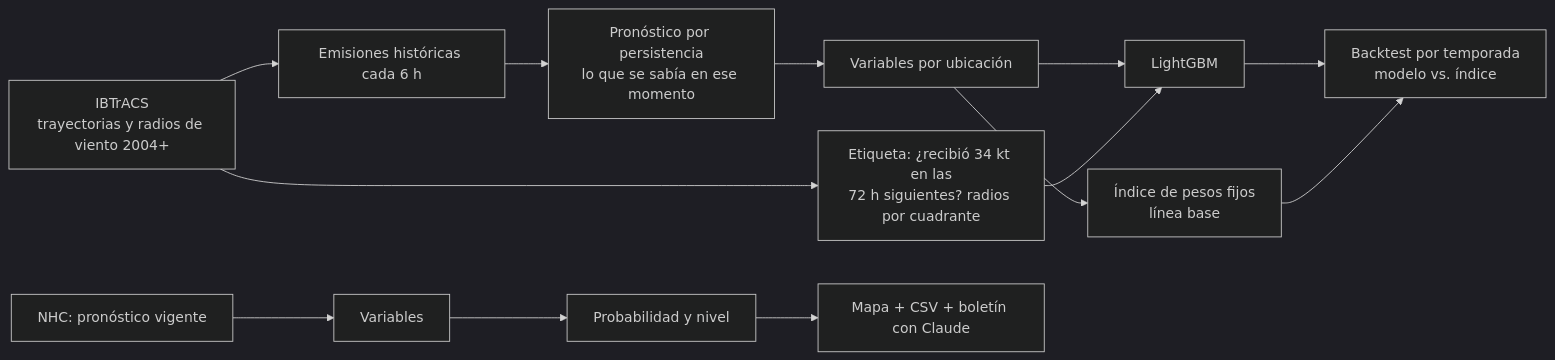
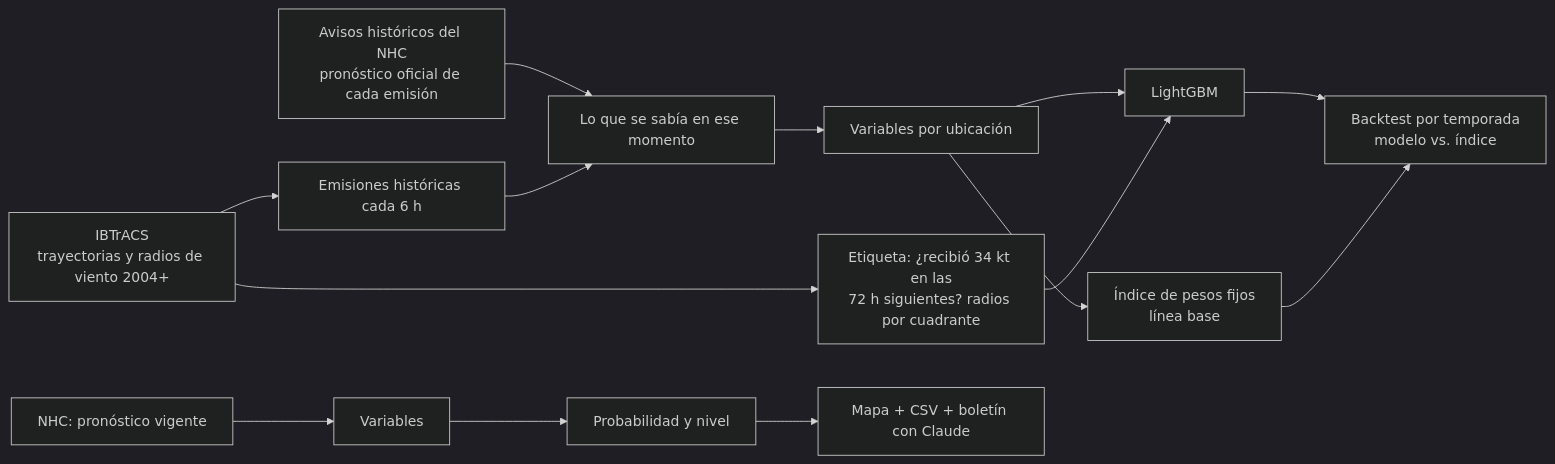
The diagram in README.md (Waldi316/huracan-riesgo-ia), drawn with Mermaid (dark theme) before and after one commit. The commit also changed other lines of this file and 5 other files, not shown here.

First line of the commit message:
Entrena con los pronósticos oficiales históricos del NHC

````diff
--- a/README.md
+++ b/README.md
@@ -19,13 +19,14 @@
 ```mermaid
 flowchart LR
     A[IBTrACS<br/>trayectorias y radios de viento 2004+] --> B[Emisiones históricas cada 6 h]
-    B --> C[Pronóstico por persistencia<br/>lo que se sabía en ese momento]
+    N[Avisos históricos del NHC<br/>pronóstico oficial de cada emisión] --> C[Lo que se sabía en ese momento]
+    B --> C
     C --> D[Variables por ubicación]
     A --> E[Etiqueta: ¿recibió 34 kt en las<br/>72 h siguientes? radios por cuadrante]
     D --> F[LightGBM]
     E --> F
     D --> G[Índice de pesos fijos<br/>línea base]
     F --> H[Backtest por temporada<br/>modelo vs. índice]
     G --> H
     I[NHC: pronóstico vigente] --> D2[Variables] --> F2[Probabilidad y nivel] --> J[Mapa + CSV + boletín con Claude]
 ```
````
